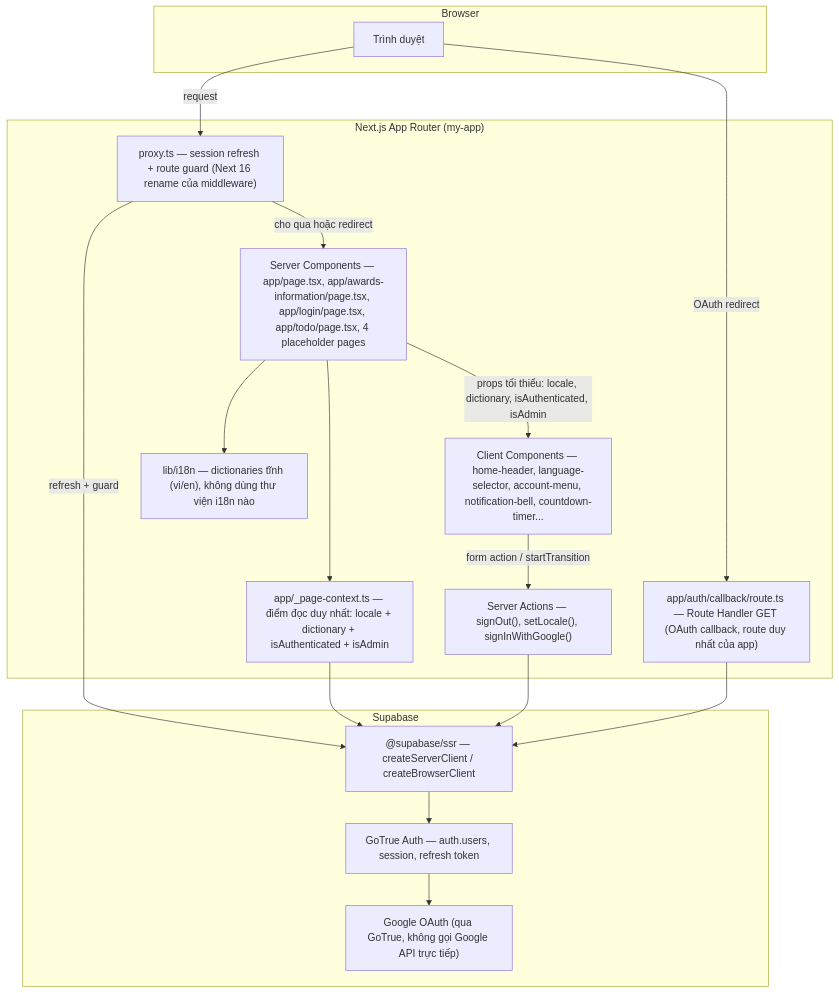
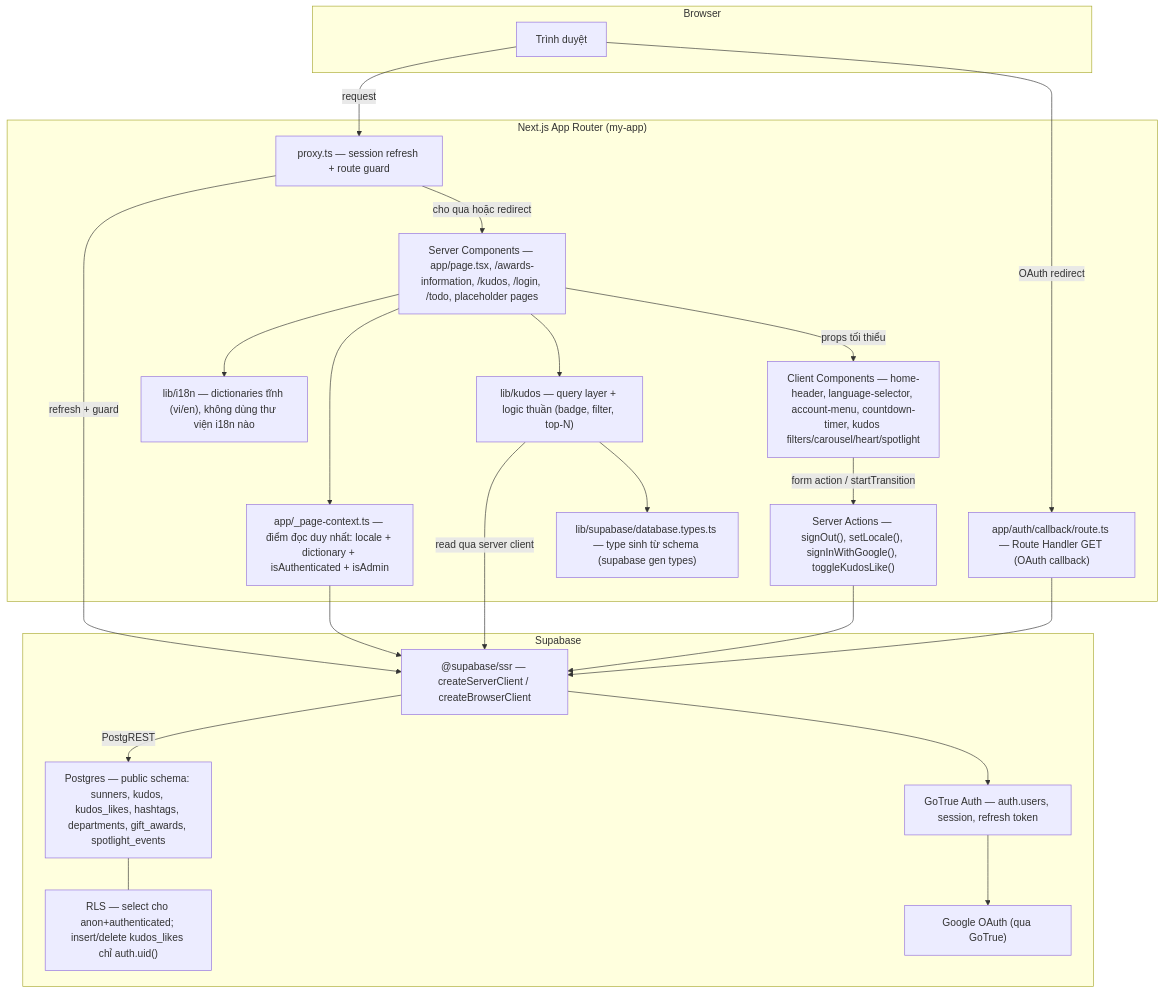
Before and after one commit to dungnv-2032/agentic-coding-hands-on: the first of 2 diagrams in docs/system/architecture.md, drawn with Mermaid. The commit also changed other lines of this file and 17 other files, not shown here.

Commit message:
docs(kudos): add feature specs, screen docs, flows, and update system architecture

````diff
--- a/docs/system/architecture.md
+++ b/docs/system/architecture.md
@@ -11,34 +23,43 @@
 ```mermaid
 graph TB
     subgraph Browser
         BR[Trình duyệt]
     end
     subgraph "Next.js App Router (my-app)"
-        PX["proxy.ts — session refresh + route guard (Next 16 rename của middleware)"]
+        PX["proxy.ts — session refresh + route guard"]
         PC["app/_page-context.ts — điểm đọc duy nhất: locale + dictionary + isAuthenticated + isAdmin"]
-        SC["Server Components — app/page.tsx, app/awards-information/page.tsx, app/login/page.tsx, app/todo/page.tsx, 4 placeholder pages"]
-        SA["Server Actions — signOut(), setLocale(), signInWithGoogle()"]
-        CB["app/auth/callback/route.ts — Route Handler GET (OAuth callback, route duy nhất của app)"]
-        CC["Client Components — home-header, language-selector, account-menu, notification-bell, countdown-timer..."]
+        SC["Server Components — app/page.tsx, /awards-information, /kudos, /login, /todo, placeholder pages"]
+        SA["Server Actions — signOut(), setLocale(), signInWithGoogle(), toggleKudosLike()"]
+        CB["app/auth/callback/route.ts — Route Handler GET (OAuth callback)"]
+        CC["Client Components — home-header, language-selector, account-menu, countdown-timer, kudos filters/carousel/heart/spotlight"]
         DICT["lib/i18n — dictionaries tĩnh (vi/en), không dùng thư viện i18n nào"]
+        KQ["lib/kudos — query layer + logic thuần (badge, filter, top-N)"]
+        DT["lib/supabase/database.types.ts — type sinh từ schema (supabase gen types)"]
     end
     subgraph Supabase
         SSR["@supabase/ssr — createServerClient / createBrowserClient"]
         AUTH["GoTrue Auth — auth.users, session, refresh token"]
-        GOOGLE["Google OAuth (qua GoTrue, không gọi Google API trực tiếp)"]
+        PG["Postgres — public schema: sunners, kudos, kudos_likes, hashtags, departments, gift_awards, spotlight_events"]
+        RLS["RLS — select cho anon+authenticated; insert/delete kudos_likes chỉ auth.uid()"]
+        GOOGLE["Google OAuth (qua GoTrue)"]
     end
 
     BR -->|request| PX
     PX -->|refresh + guard| SSR
     PX -->|cho qua hoặc redirect| SC
     SC --> PC
     PC --> SSR
     SC --> DICT
-    SC -->|props tối thiểu: locale, dictionary, isAuthenticated, isAdmin| CC
+    SC --> KQ
+    KQ --> DT
+    KQ -->|read qua server client| SSR
+    SC -->|props tối thiểu| CC
     CC -->|form action / startTransition| SA
     SA --> SSR
     SSR --> AUTH
+    SSR -->|PostgREST| PG
+    PG --- RLS
     AUTH --> GOOGLE
     BR -->|OAuth redirect| CB
     CB --> SSR
 ```
````
